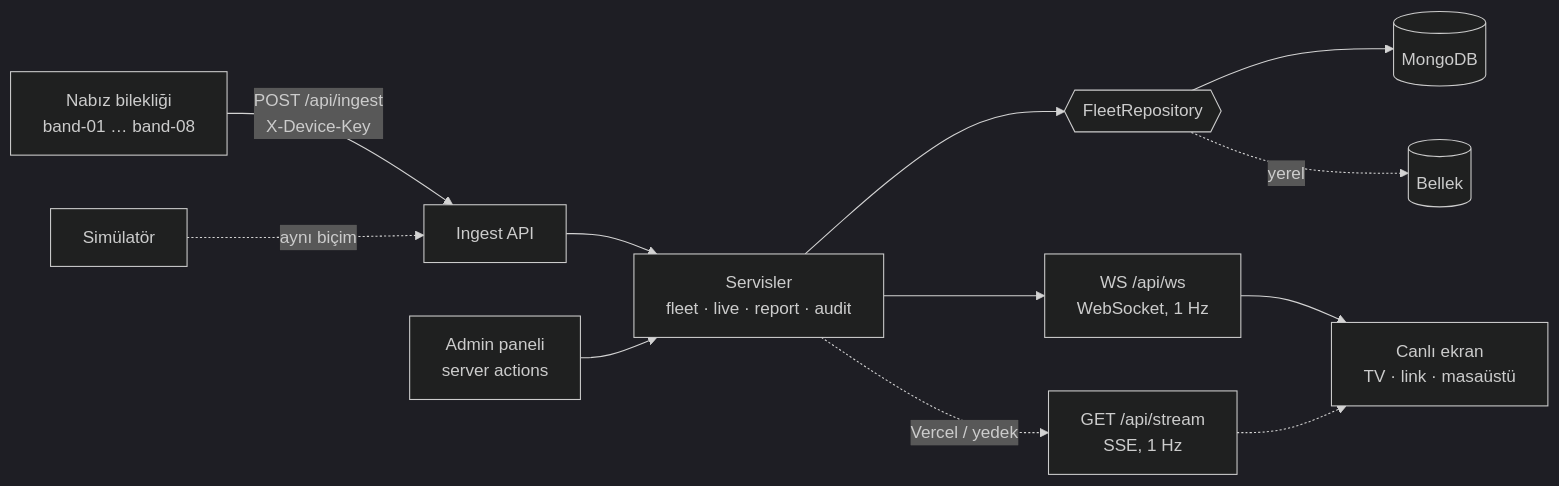
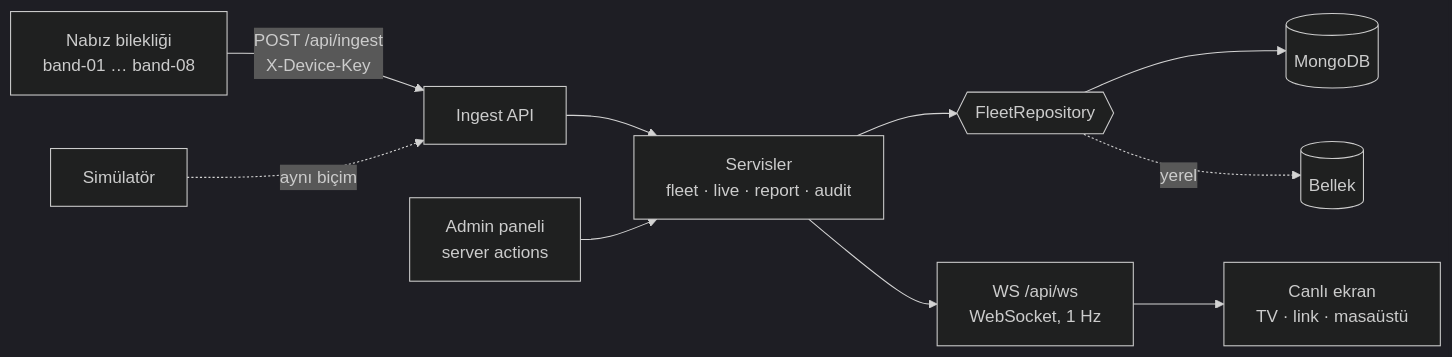
Before and after one commit to yigitoo/mercedes-amg: the diagram in README.md, drawn with Mermaid (dark theme). The commit also changed other lines of this file and 9 other files, not shown here.

````diff
--- a/README.md
+++ b/README.md
@@ -117,14 +117,12 @@
 ```mermaid
 flowchart LR
   band["Nabız bilekliği<br/>band-01 … band-08"] -- "POST /api/ingest<br/>X-Device-Key" --> ingest["Ingest API"]
   sim["Simülatör"] -. aynı biçim .-> ingest
   ingest --> svc["Servisler<br/>fleet · live · report · audit"]
   admin["Admin paneli<br/>server actions"] --> svc
   svc --> repo{{"FleetRepository"}}
   repo --> mongo[("MongoDB")]
   repo -. yerel .-> mem[("Bellek")]
   svc --> ws["WS /api/ws<br/>WebSocket, 1 Hz"]
-  svc -. "Vercel / yedek" .-> stream["GET /api/stream<br/>SSE, 1 Hz"]
   ws --> tv["Canlı ekran<br/>TV · link · masaüstü"]
-  stream -.-> tv
 ```
````
